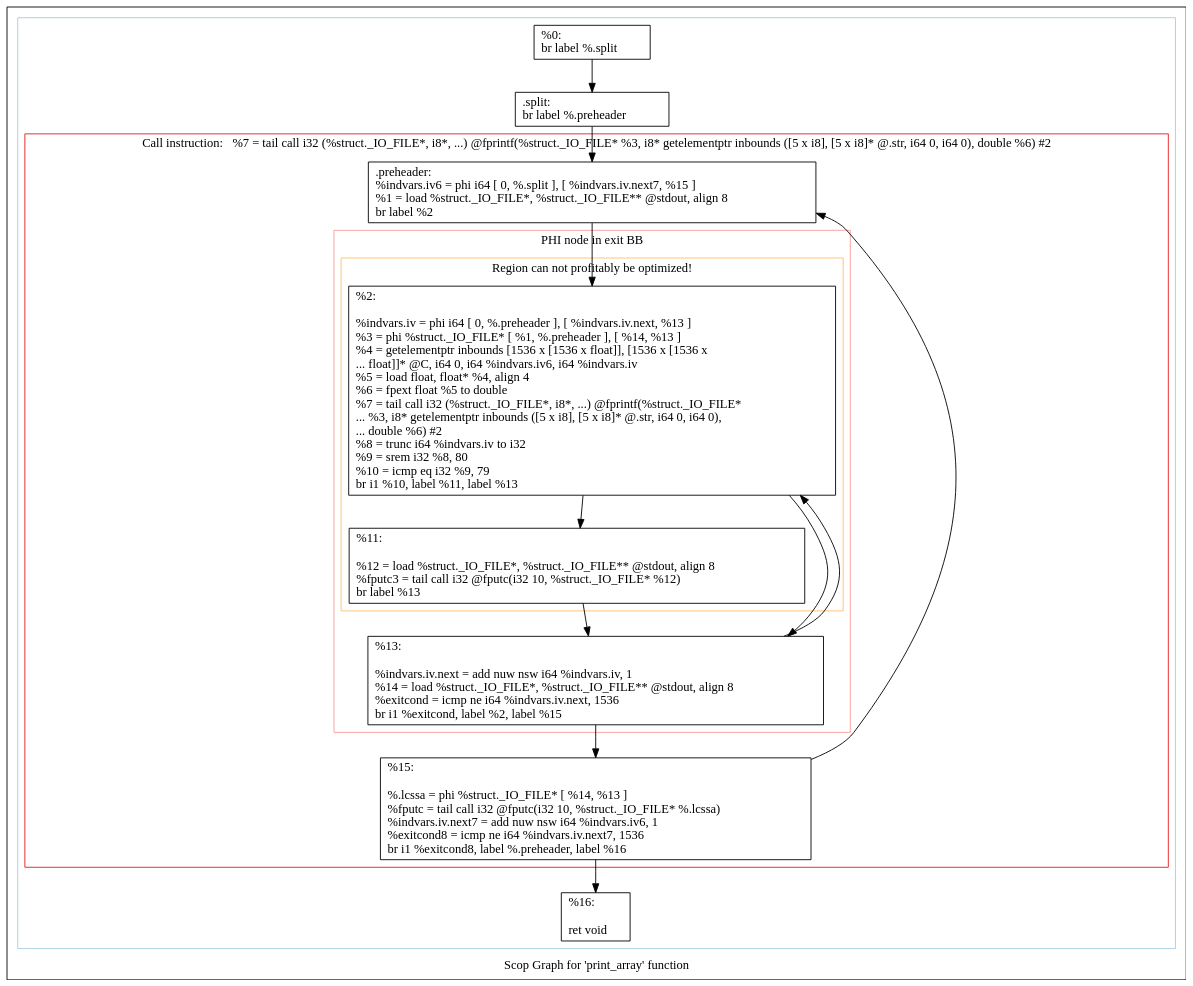
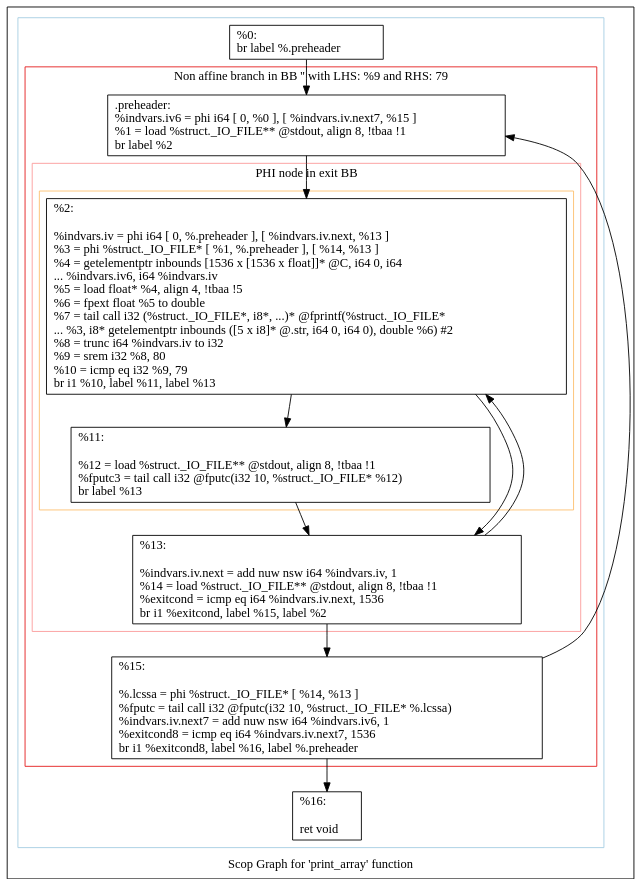
Before and after one commit to rogerioag/openmp-hook: the diagram in matmul-polly/scops.print_array.dot, drawn with Graphviz. The commit also changed 10 other files, not shown here.

```diff
--- a/matmul-polly/scops.print_array.dot
+++ b/matmul-polly/scops.print_array.dot
@@ -1,51 +1,48 @@
 digraph "Scop Graph for 'print_array' function" {
 	label="Scop Graph for 'print_array' function";
 
-	Node0x83f4c0 [shape=record,label="{%0:\l  br label %.split\l}"];
-	Node0x83f4c0 -> Node0x83f440;
-	Node0x83f440 [shape=record,label="{.split:                                           \l  br label %.preheader\l}"];
-	Node0x83f440 -> Node0x83f2a0;
-	Node0x83f2a0 [shape=record,label="{.preheader:                                       \l  %indvars.iv6 = phi i64 [ 0, %.split ], [ %indvars.iv.next7, %15 ]\l  %1 = load %struct._IO_FILE*, %struct._IO_FILE** @stdout, align 8\l  br label %2\l}"];
-	Node0x83f2a0 -> Node0x83f160;
-	Node0x83f160 [shape=record,label="{%2:\l\l  %indvars.iv = phi i64 [ 0, %.preheader ], [ %indvars.iv.next, %13 ]\l  %3 = phi %struct._IO_FILE* [ %1, %.preheader ], [ %14, %13 ]\l  %4 = getelementptr inbounds [1536 x [1536 x float]], [1536 x [1536 x\l... float]]* @C, i64 0, i64 %indvars.iv6, i64 %indvars.iv\l  %5 = load float, float* %4, align 4\l  %6 = fpext float %5 to double\l  %7 = tail call i32 (%struct._IO_FILE*, i8*, ...) @fprintf(%struct._IO_FILE*\l... %3, i8* getelementptr inbounds ([5 x i8], [5 x i8]* @.str, i64 0, i64 0),\l... double %6) #2\l  %8 = trunc i64 %indvars.iv to i32\l  %9 = srem i32 %8, 80\l  %10 = icmp eq i32 %9, 79\l  br i1 %10, label %11, label %13\l}"];
-	Node0x83f160 -> Node0x83f180;
-	Node0x83f160 -> Node0x83f2e0;
-	Node0x83f180 [shape=record,label="{%11:\l\l  %12 = load %struct._IO_FILE*, %struct._IO_FILE** @stdout, align 8\l  %fputc3 = tail call i32 @fputc(i32 10, %struct._IO_FILE* %12)\l  br label %13\l}"];
-	Node0x83f180 -> Node0x83f2e0;
-	Node0x83f2e0 [shape=record,label="{%13:\l\l  %indvars.iv.next = add nuw nsw i64 %indvars.iv, 1\l  %14 = load %struct._IO_FILE*, %struct._IO_FILE** @stdout, align 8\l  %exitcond = icmp ne i64 %indvars.iv.next, 1536\l  br i1 %exitcond, label %2, label %15\l}"];
-	Node0x83f2e0 -> Node0x83f160[constraint=false];
-	Node0x83f2e0 -> Node0x83f300;
-	Node0x83f300 [shape=record,label="{%15:\l\l  %.lcssa = phi %struct._IO_FILE* [ %14, %13 ]\l  %fputc = tail call i32 @fputc(i32 10, %struct._IO_FILE* %.lcssa)\l  %indvars.iv.next7 = add nuw nsw i64 %indvars.iv6, 1\l  %exitcond8 = icmp ne i64 %indvars.iv.next7, 1536\l  br i1 %exitcond8, label %.preheader, label %16\l}"];
-	Node0x83f300 -> Node0x83f2a0[constraint=false];
-	Node0x83f300 -> Node0x83f5a0;
-	Node0x83f5a0 [shape=record,label="{%16:\l\l  ret void\l}"];
+	Node0xe2f5d0 [shape=record,label="{%0:\l  br label %.preheader\l}"];
+	Node0xe2f5d0 -> Node0xe420a0;
+	Node0xe420a0 [shape=record,label="{.preheader:                                       \l  %indvars.iv6 = phi i64 [ 0, %0 ], [ %indvars.iv.next7, %15 ]\l  %1 = load %struct._IO_FILE** @stdout, align 8, !tbaa !1\l  br label %2\l}"];
+	Node0xe420a0 -> Node0xe3ab70;
+	Node0xe3ab70 [shape=record,label="{%2:\l\l  %indvars.iv = phi i64 [ 0, %.preheader ], [ %indvars.iv.next, %13 ]\l  %3 = phi %struct._IO_FILE* [ %1, %.preheader ], [ %14, %13 ]\l  %4 = getelementptr inbounds [1536 x [1536 x float]]* @C, i64 0, i64\l... %indvars.iv6, i64 %indvars.iv\l  %5 = load float* %4, align 4, !tbaa !5\l  %6 = fpext float %5 to double\l  %7 = tail call i32 (%struct._IO_FILE*, i8*, ...)* @fprintf(%struct._IO_FILE*\l... %3, i8* getelementptr inbounds ([5 x i8]* @.str, i64 0, i64 0), double %6) #2\l  %8 = trunc i64 %indvars.iv to i32\l  %9 = srem i32 %8, 80\l  %10 = icmp eq i32 %9, 79\l  br i1 %10, label %11, label %13\l}"];
+	Node0xe3ab70 -> Node0xe6d100;
+	Node0xe3ab70 -> Node0xe6e340;
+	Node0xe6d100 [shape=record,label="{%11:\l\l  %12 = load %struct._IO_FILE** @stdout, align 8, !tbaa !1\l  %fputc3 = tail call i32 @fputc(i32 10, %struct._IO_FILE* %12)\l  br label %13\l}"];
+	Node0xe6d100 -> Node0xe6e340;
+	Node0xe6e340 [shape=record,label="{%13:\l\l  %indvars.iv.next = add nuw nsw i64 %indvars.iv, 1\l  %14 = load %struct._IO_FILE** @stdout, align 8, !tbaa !1\l  %exitcond = icmp eq i64 %indvars.iv.next, 1536\l  br i1 %exitcond, label %15, label %2\l}"];
+	Node0xe6e340 -> Node0xe6e2b0;
+	Node0xe6e340 -> Node0xe3ab70[constraint=false];
+	Node0xe6e2b0 [shape=record,label="{%15:\l\l  %.lcssa = phi %struct._IO_FILE* [ %14, %13 ]\l  %fputc = tail call i32 @fputc(i32 10, %struct._IO_FILE* %.lcssa)\l  %indvars.iv.next7 = add nuw nsw i64 %indvars.iv6, 1\l  %exitcond8 = icmp eq i64 %indvars.iv.next7, 1536\l  br i1 %exitcond8, label %16, label %.preheader\l}"];
+	Node0xe6e2b0 -> Node0xe6e310;
+	Node0xe6e2b0 -> Node0xe420a0[constraint=false];
+	Node0xe6e310 [shape=record,label="{%16:\l\l  ret void\l}"];
 	colorscheme = "paired12"
-        subgraph cluster_0x833e70 {
+        subgraph cluster_0xe2f4e0 {
           label = "";
           style = solid;
           color = 1
-          subgraph cluster_0x83f4e0 {
-            label = "Call instruction:   %7 = tail call i32 (%struct._IO_FILE*, i8*, ...) @fprintf(%struct._IO_FILE* %3, i8* getelementptr inbounds ([5 x i8], [5 x i8]* @.str, i64 0, i64 0), double %6) #2";
+          subgraph cluster_0xe41fe0 {
+            label = "Non affine branch in BB '' with LHS: %9 and RHS: 79";
             style = solid;
             color = 6
-            subgraph cluster_0x830b10 {
+            subgraph cluster_0xe41f60 {
               label = "PHI node in exit BB";
               style = solid;
               color = 5
-              subgraph cluster_0x833ef0 {
-                label = "Region can not profitably be optimized!";
+              subgraph cluster_0xe3a9e0 {
+                label = "";
                 style = solid;
                 color = 7
-                Node0x83f160;
-                Node0x83f180;
+                Node0xe3ab70;
+                Node0xe6d100;
               }
-              Node0x83f2e0;
+              Node0xe6e340;
             }
-            Node0x83f2a0;
-            Node0x83f300;
+            Node0xe420a0;
+            Node0xe6e2b0;
           }
-          Node0x83f4c0;
-          Node0x83f440;
-          Node0x83f5a0;
+          Node0xe2f5d0;
+          Node0xe6e310;
         }
 }
```
